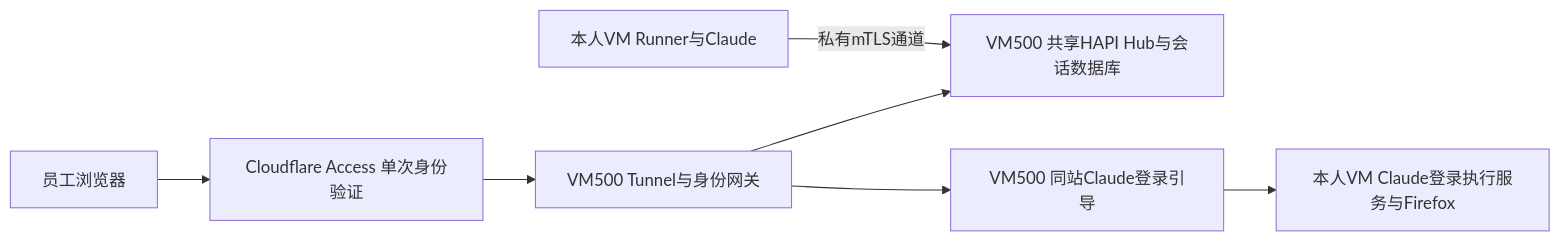
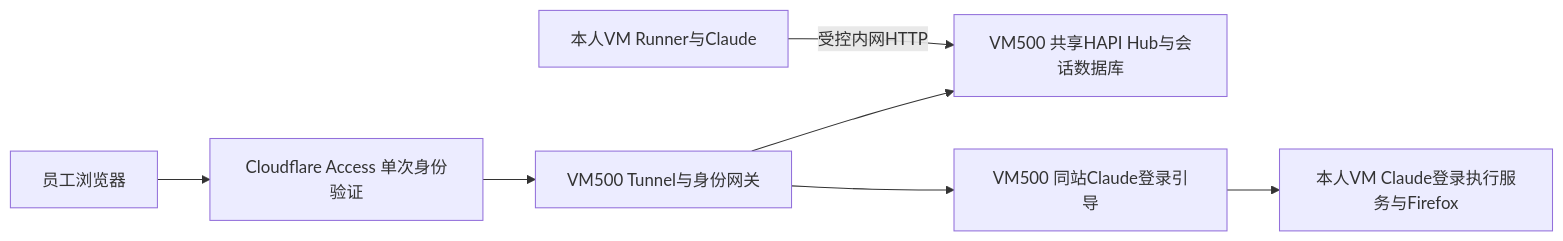
One commit to blue126/IaC changed the diagram in docs/guides/hapi-unified-entry.md. Above: the diagram before and after it, drawn with Mermaid. The commit also changed other lines of this file and 4 other files, not shown here.

````diff
--- a/docs/guides/hapi-unified-entry.md
+++ b/docs/guides/hapi-unified-entry.md
@@ -9,9 +9,9 @@
 ```mermaid
 flowchart LR
     U[员工浏览器] --> C[Cloudflare Access 单次身份验证]
     C --> T[VM500 Tunnel与身份网关]
     T --> H[VM500 共享HAPI Hub与会话数据库]
     T --> P[VM500 同站Claude登录引导]
     P --> A[本人VM Claude登录执行服务与Firefox]
-    R[本人VM Runner与Claude] -->|私有mTLS通道| H
+    R[本人VM Runner与Claude] -->|受控内网HTTP| H
 ```
````
